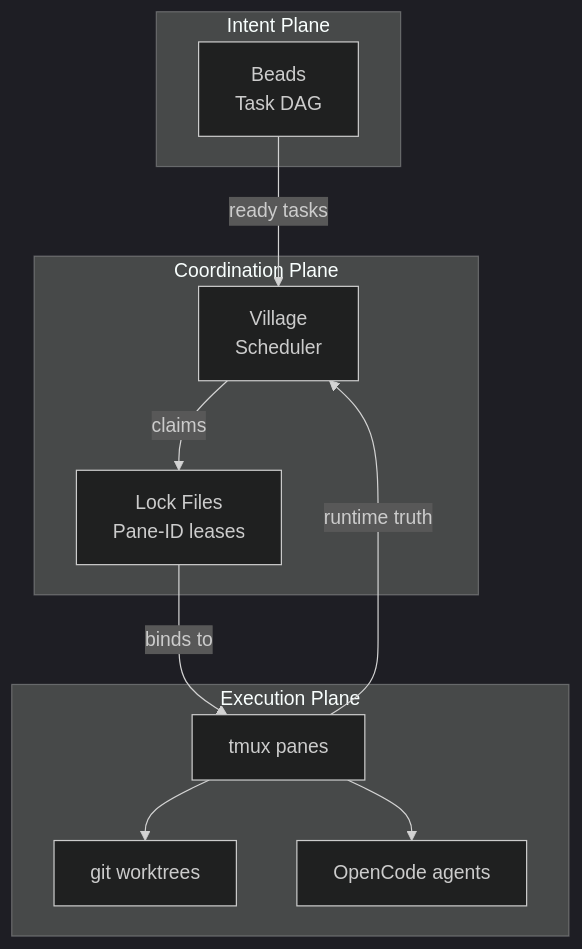
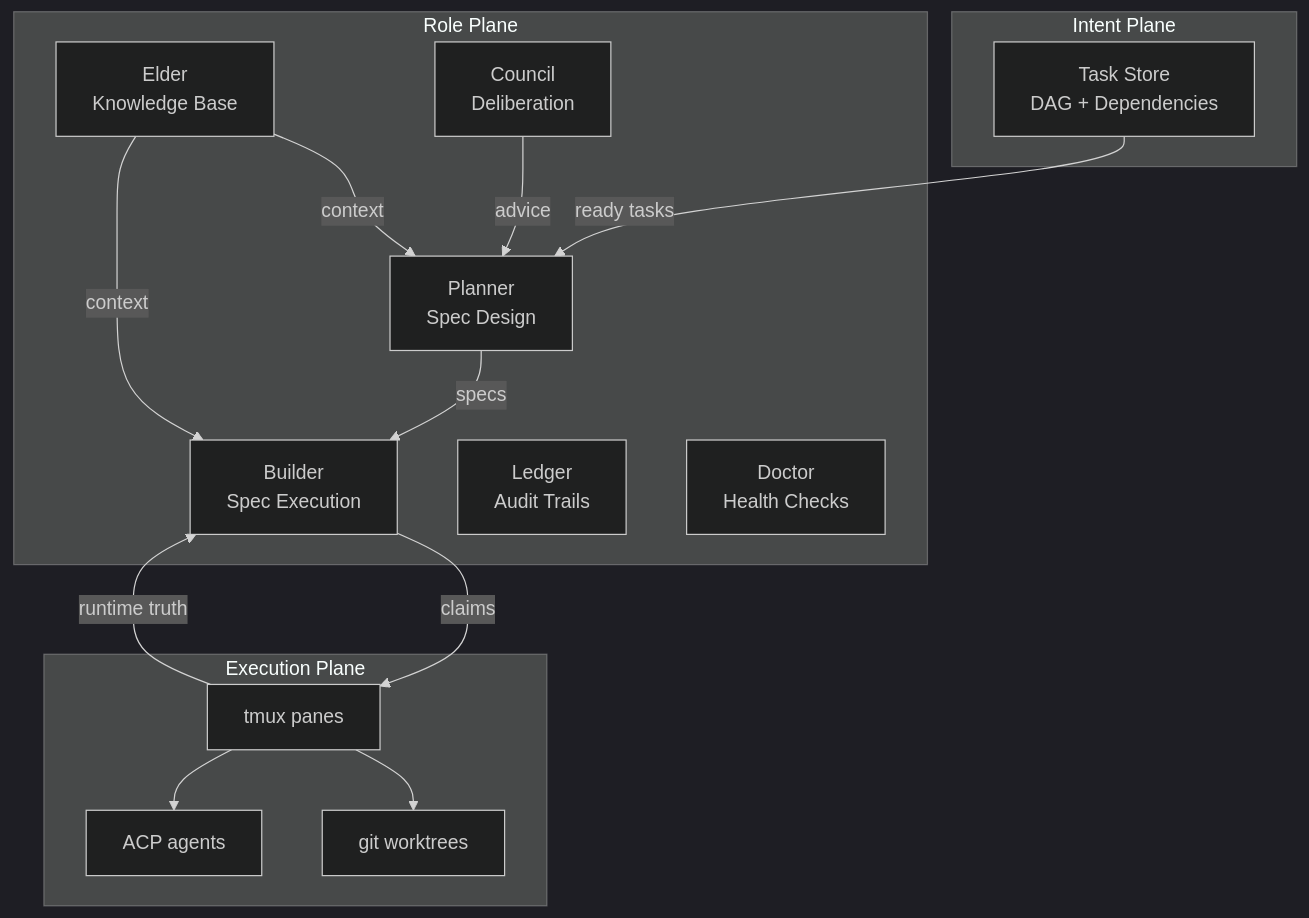
The diagram in README.md (bkuri/village), drawn with Mermaid (dark theme) before and after one commit. The commit also changed other lines of this file and 11 other files, not shown here.

````diff
--- a/README.md
+++ b/README.md
@@ -144,24 +145,31 @@
 ```mermaid
 flowchart TB
     subgraph Intent["Intent Plane"]
-        BD[Beads<br/>Task DAG]
+        TS[Task Store<br/>DAG + Dependencies]
     end
 
-    subgraph Coordination["Coordination Plane"]
-        V[Village<br/>Scheduler]
-        L[Lock Files<br/>Pane-ID leases]
+    subgraph Roles["Role Plane"]
+        P[Planner<br/>Spec Design]
+        B[Builder<br/>Spec Execution]
+        E[Elder<br/>Knowledge Base]
+        C[Council<br/>Deliberation]
+        L[Ledger<br/>Audit Trails]
+        D[Doctor<br/>Health Checks]
     end
 
     subgraph Execution["Execution Plane"]
         TMUX[tmux panes]
         WT[git worktrees]
-        OC[OpenCode agents]
+        ACP[ACP agents]
     end
 
-    BD -->|ready tasks| V
-    V -->|claims| L
-    L -->|binds to| TMUX
+    TS -->|ready tasks| P
+    P -->|specs| B
+    B -->|claims| TMUX
     TMUX --> WT
-    TMUX --> OC
-    TMUX -->|runtime truth| V
+    TMUX --> ACP
+    E -->|context| P
+    E -->|context| B
+    C -->|advice| P
+    TMUX -->|runtime truth| B
 ```
````
